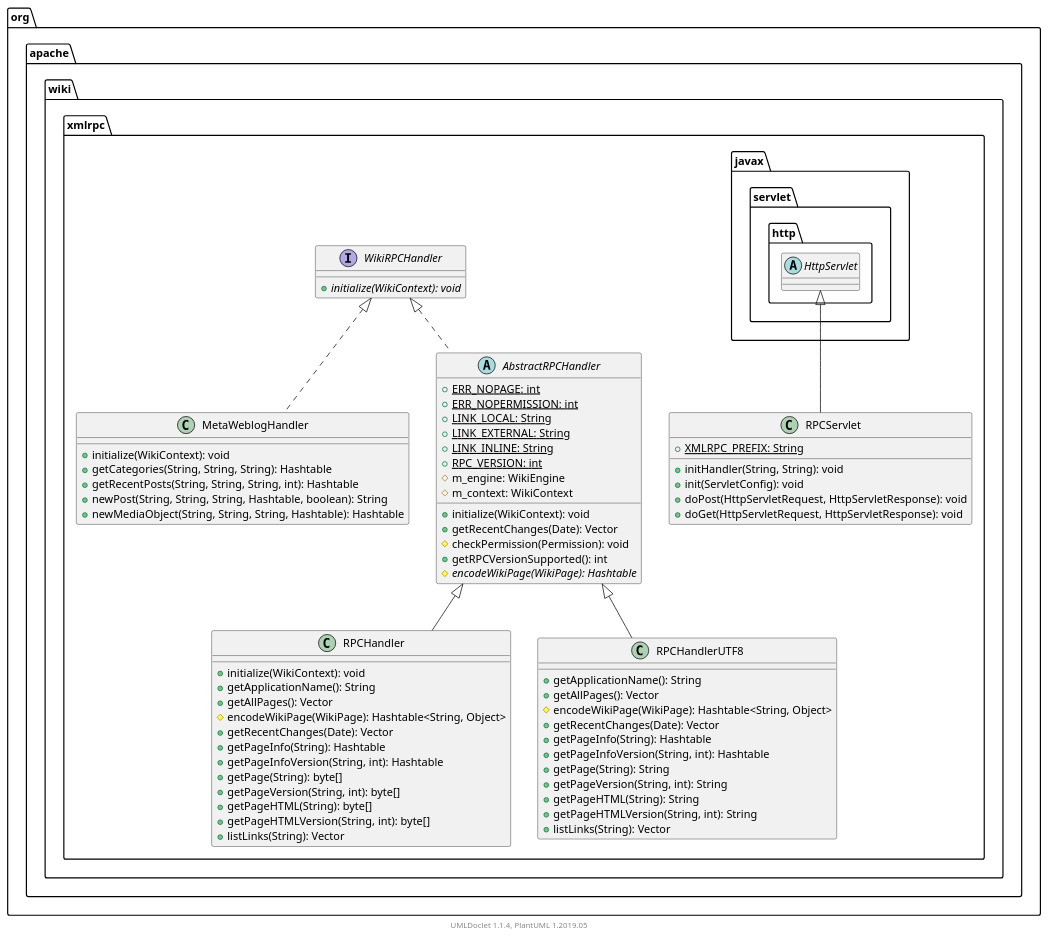
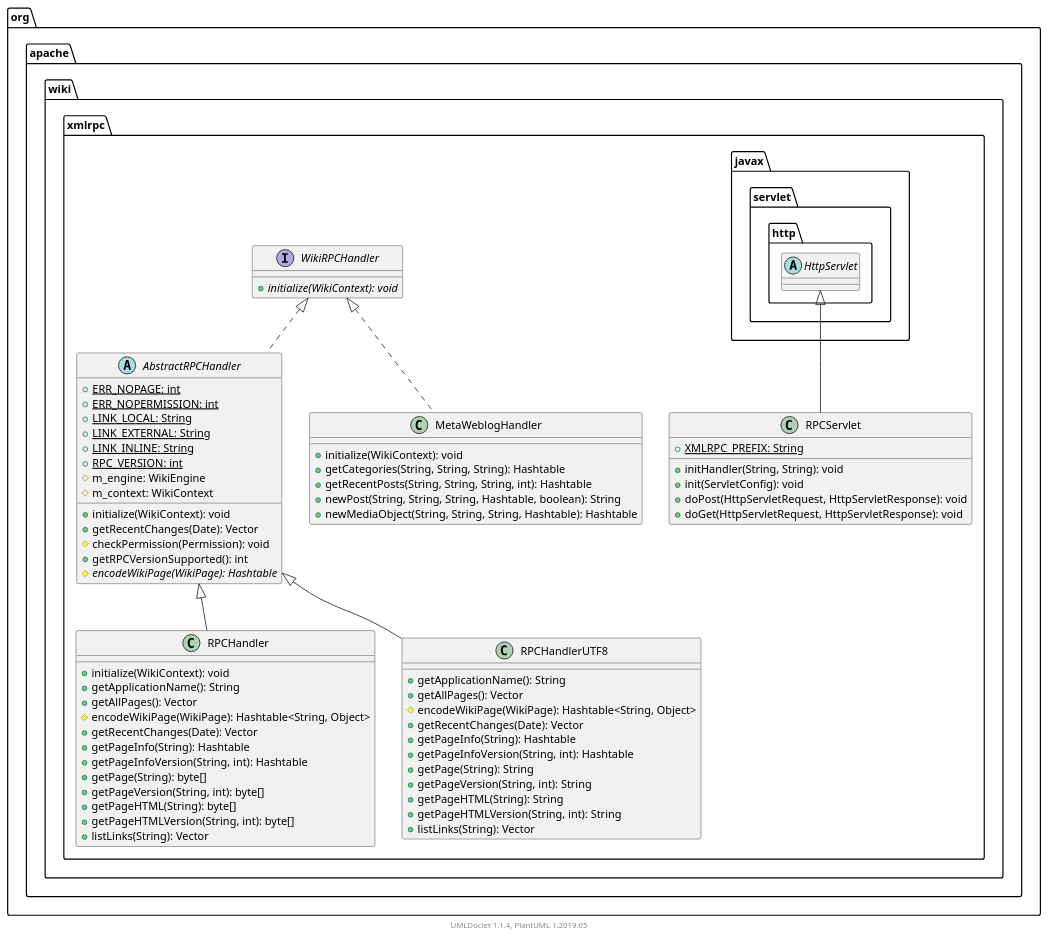
The diagram in apidocs/2.11.0.M6-SNAPSHOT/org/apache/wiki/xmlrpc/package.puml (apache/jspwiki-site), drawn with PlantUML before and after one commit. The commit also changed other lines of this file and 1588 other files, not shown here.

```diff
--- a/apidocs/2.11.0.M6-SNAPSHOT/org/apache/wiki/xmlrpc/package.puml
+++ b/apidocs/2.11.0.M6-SNAPSHOT/org/apache/wiki/xmlrpc/package.puml
@@ -1,85 +1,85 @@
 @startuml
 
     namespace org.apache.wiki.xmlrpc {
-
-        class RPCHandler [[RPCHandler.html]] {
-            +initialize(WikiContext): void
-            +getApplicationName(): String
-            +getAllPages(): Vector
-            #encodeWikiPage(WikiPage): Hashtable<String, Object>
-            +getRecentChanges(Date): Vector
-            +getPageInfo(String): Hashtable
-            +getPageInfoVersion(String, int): Hashtable
-            +getPage(String): byte[]
-            +getPageVersion(String, int): byte[]
-            +getPageHTML(String): byte[]
-            +getPageHTMLVersion(String, int): byte[]
-            +listLinks(String): Vector
-        }
-
-        class RPCHandlerUTF8 [[RPCHandlerUTF8.html]] {
-            +getApplicationName(): String
-            +getAllPages(): Vector
-            #encodeWikiPage(WikiPage): Hashtable<String, Object>
-            +getRecentChanges(Date): Vector
-            +getPageInfo(String): Hashtable
-            +getPageInfoVersion(String, int): Hashtable
-            +getPage(String): String
-            +getPageVersion(String, int): String
-            +getPageHTML(String): String
-            +getPageHTMLVersion(String, int): String
-            +listLinks(String): Vector
-        }
-
-        interface WikiRPCHandler [[WikiRPCHandler.html]] {
-            {abstract} +initialize(WikiContext): void
-        }
-
-        class MetaWeblogHandler [[MetaWeblogHandler.html]] {
-            +initialize(WikiContext): void
-            +getCategories(String, String, String): Hashtable
-            +getRecentPosts(String, String, String, int): Hashtable
-            +newPost(String, String, String, Hashtable, boolean): String
-            +newMediaObject(String, String, String, Hashtable): Hashtable
-        }
-
-        class RPCServlet [[RPCServlet.html]] {
-            {static} +XMLRPC_PREFIX: String
-            +initHandler(String, String): void
-            +init(ServletConfig): void
-            +doPost(HttpServletRequest, HttpServletResponse): void
-            +doGet(HttpServletRequest, HttpServletResponse): void
-        }
 
         abstract class AbstractRPCHandler [[AbstractRPCHandler.html]] {
             {static} +ERR_NOPAGE: int
             {static} +ERR_NOPERMISSION: int
             {static} +LINK_LOCAL: String
             {static} +LINK_EXTERNAL: String
             {static} +LINK_INLINE: String
             {static} +RPC_VERSION: int
             #m_engine: WikiEngine
             #m_context: WikiContext
             +initialize(WikiContext): void
             +getRecentChanges(Date): Vector
             #checkPermission(Permission): void
             +getRPCVersionSupported(): int
             {abstract} #encodeWikiPage(WikiPage): Hashtable
         }
 
+        class RPCServlet [[RPCServlet.html]] {
+            {static} +XMLRPC_PREFIX: String
+            +initHandler(String, String): void
+            +init(ServletConfig): void
+            +doPost(HttpServletRequest, HttpServletResponse): void
+            +doGet(HttpServletRequest, HttpServletResponse): void
+        }
+
+        class RPCHandler [[RPCHandler.html]] {
+            +initialize(WikiContext): void
+            +getApplicationName(): String
+            +getAllPages(): Vector
+            #encodeWikiPage(WikiPage): Hashtable<String, Object>
+            +getRecentChanges(Date): Vector
+            +getPageInfo(String): Hashtable
+            +getPageInfoVersion(String, int): Hashtable
+            +getPage(String): byte[]
+            +getPageVersion(String, int): byte[]
+            +getPageHTML(String): byte[]
+            +getPageHTMLVersion(String, int): byte[]
+            +listLinks(String): Vector
+        }
+
+        interface WikiRPCHandler [[WikiRPCHandler.html]] {
+            {abstract} +initialize(WikiContext): void
+        }
+
+        class RPCHandlerUTF8 [[RPCHandlerUTF8.html]] {
+            +getApplicationName(): String
+            +getAllPages(): Vector
+            #encodeWikiPage(WikiPage): Hashtable<String, Object>
+            +getRecentChanges(Date): Vector
+            +getPageInfo(String): Hashtable
+            +getPageInfoVersion(String, int): Hashtable
+            +getPage(String): String
+            +getPageVersion(String, int): String
+            +getPageHTML(String): String
+            +getPageHTMLVersion(String, int): String
+            +listLinks(String): Vector
+        }
+
+        class MetaWeblogHandler [[MetaWeblogHandler.html]] {
+            +initialize(WikiContext): void
+            +getCategories(String, String, String): Hashtable
+            +getRecentPosts(String, String, String, int): Hashtable
+            +newPost(String, String, String, Hashtable, boolean): String
+            +newMediaObject(String, String, String, Hashtable): Hashtable
+        }
+
+        WikiRPCHandler <|.. AbstractRPCHandler
+
+        abstract class javax.servlet.http.HttpServlet
+        javax.servlet.http.HttpServlet <|-- RPCServlet
+
         AbstractRPCHandler <|-- RPCHandler
 
         AbstractRPCHandler <|-- RPCHandlerUTF8
 
         WikiRPCHandler <|.. MetaWeblogHandler
 
-        abstract class javax.servlet.http.HttpServlet
-        javax.servlet.http.HttpServlet <|-- RPCServlet
-
-        WikiRPCHandler <|.. AbstractRPCHandler
-
     }
 
 
     center footer UMLDoclet 1.1.4, PlantUML 1.2019.05
 @enduml
```
